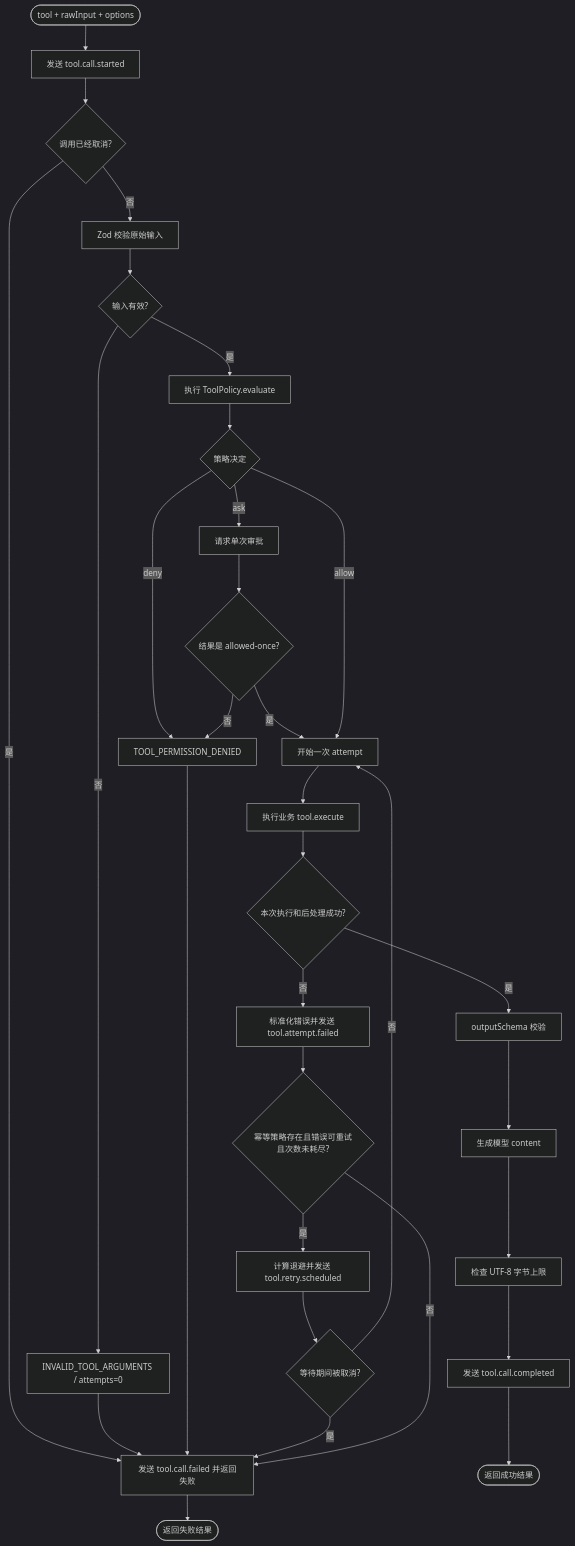
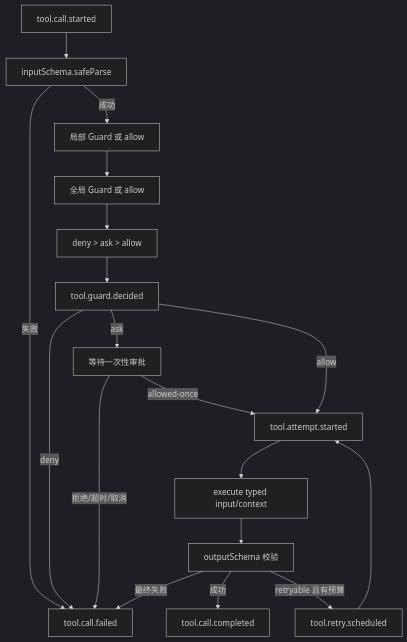
The second of 2 diagrams in docs/learning/tool-harness.md (AlbertE1990/crafteHarness), drawn with Mermaid (dark theme) before and after one commit. The commit also changed other lines of this file and 48 other files, not shown here.

Commit message:
feat: add layered tool guards and run context

````diff
--- a/docs/learning/tool-harness.md
+++ b/docs/learning/tool-harness.md
@@ -294,37 +132,20 @@
 ```mermaid
 flowchart TD
-  Start([tool + rawInput + options]) --> EventStart[发送 tool.call.started]
-  EventStart --> Aborted{调用已经取消?}
-  Aborted -- 是 --> FinalFail[发送 tool.call.failed 并返回失败]
-  Aborted -- 否 --> Parse[Zod 校验原始输入]
-  Parse --> Valid{输入有效?}
-  Valid -- 否 --> InvalidArgs[INVALID_TOOL_ARGUMENTS / attempts=0]
-  InvalidArgs --> FinalFail
-
-  Valid -- 是 --> Policy[执行 ToolPolicy.evaluate]
-  Policy --> Decision{策略决定}
-  Decision -- deny --> Denied[TOOL_PERMISSION_DENIED]
-  Denied --> FinalFail
-  Decision -- ask --> Approval[请求单次审批]
-  Approval --> Approved{结果是 allowed-once?}
-  Approved -- 否 --> Denied
-  Approved -- 是 --> Attempt
-  Decision -- allow --> Attempt[开始一次 attempt]
-
-  Attempt --> Execute[执行业务 tool.execute]
-  Execute --> AttemptOK{本次执行和后处理成功?}
-  AttemptOK -- 是 --> OutputParse[outputSchema 校验]
-  OutputParse --> Render[生成模型 content]
-  Render --> Size[检查 UTF-8 字节上限]
-  Size --> Complete[发送 tool.call.completed]
-  Complete --> Success([返回成功结果])
-
-  AttemptOK -- 否 --> AttemptFailed[标准化错误并发送 tool.attempt.failed]
-  AttemptFailed --> Retry{幂等策略存在且错误可重试且次数未耗尽?}
-  Retry -- 是 --> Delay[计算退避并发送 tool.retry.scheduled]
-  Delay --> Cancelled{等待期间被取消?}
-  Cancelled -- 否 --> Attempt
-  Cancelled -- 是 --> FinalFail
-  Retry -- 否 --> FinalFail
-  FinalFail --> Failure([返回失败结果])
+  Start[tool.call.started] --> Parse[inputSchema.safeParse]
+  Parse -->|失败| Failed[tool.call.failed]
+  Parse -->|成功| Local[局部 Guard 或 allow]
+  Local --> Global[全局 Guard 或 allow]
+  Global --> Merge[deny > ask > allow]
+  Merge --> Decided[tool.guard.decided]
+  Decided -->|deny| Failed
+  Decided -->|ask| Approval[等待一次性审批]
+  Approval -->|拒绝/超时/取消| Failed
+  Approval -->|allowed-once| Attempt
+  Decided -->|allow| Attempt[tool.attempt.started]
+  Attempt --> Execute[execute typed input/context]
+  Execute --> Output[outputSchema 校验]
+  Output -->|成功| Complete[tool.call.completed]
+  Output -->|retryable 且有预算| Delay[tool.retry.scheduled]
+  Delay --> Attempt
+  Output -->|最终失败| Failed
 ```
````
